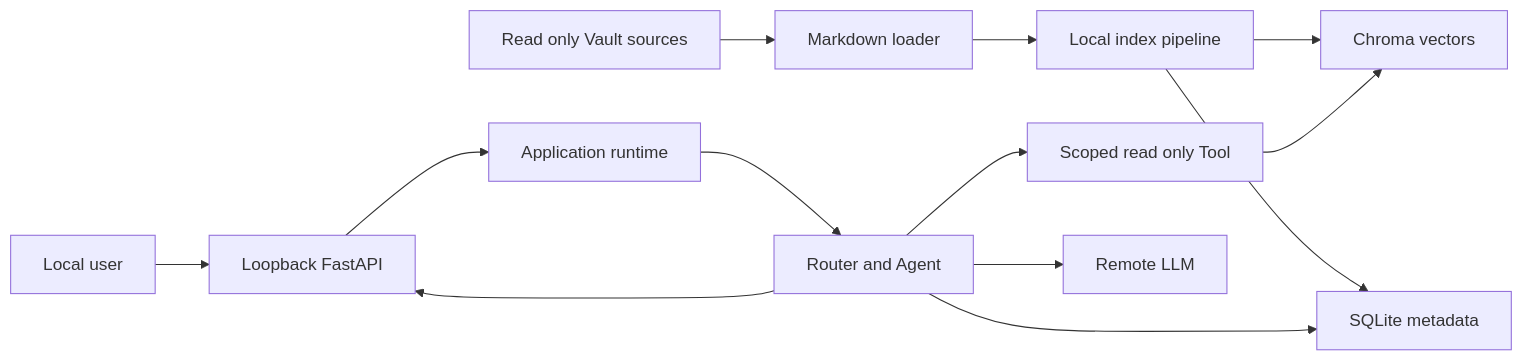
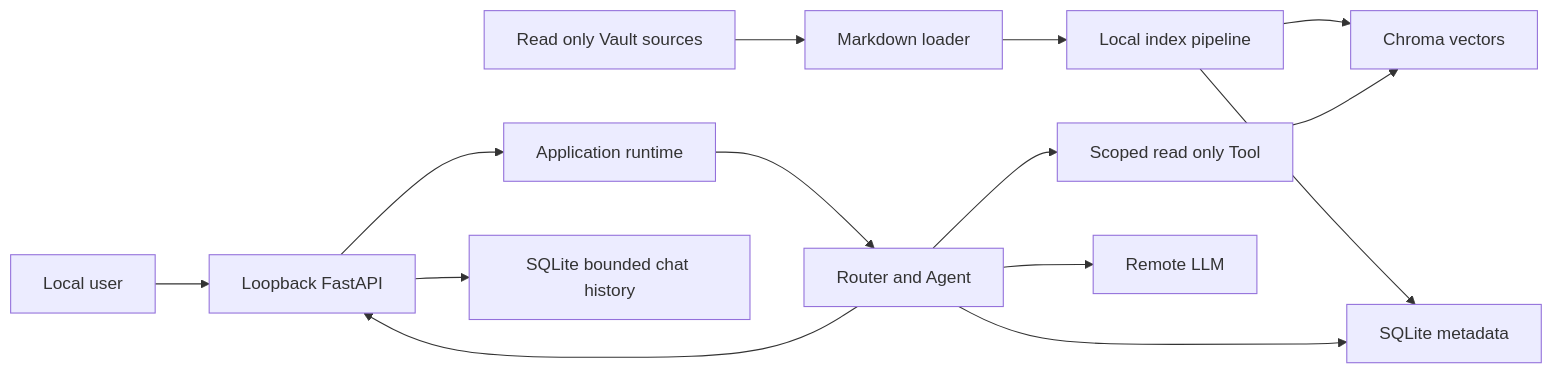
Before and after one commit to zhuozwh/interview-agent: the diagram in docs/security/interview-agent-threat-model.md, drawn with Mermaid. The commit also changed other lines of this file and 35 other files, not shown here.

````diff
--- a/docs/security/interview-agent-threat-model.md
+++ b/docs/security/interview-agent-threat-model.md
@@ -41,15 +43,16 @@
 ```mermaid
 flowchart LR
     U["Local user"] --> API["Loopback FastAPI"]
     API --> APP["Application runtime"]
     APP --> AG["Router and Agent"]
     V["Read only Vault sources"] --> LD["Markdown loader"]
     LD --> IDX["Local index pipeline"]
     IDX --> SQL["SQLite metadata"]
     IDX --> CH["Chroma vectors"]
     AG --> TOOL["Scoped read only Tool"]
     TOOL --> CH
     AG --> LLM["Remote LLM"]
     AG --> SQL
     AG --> API
+    API --> HIST["SQLite bounded chat history"]
 ```
````
